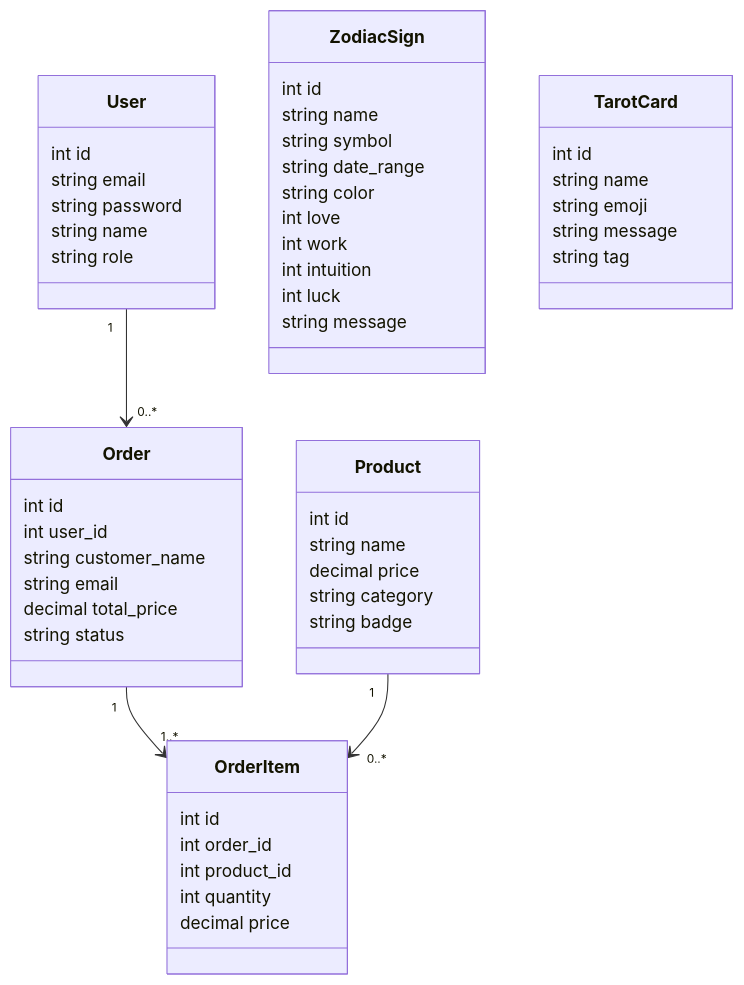
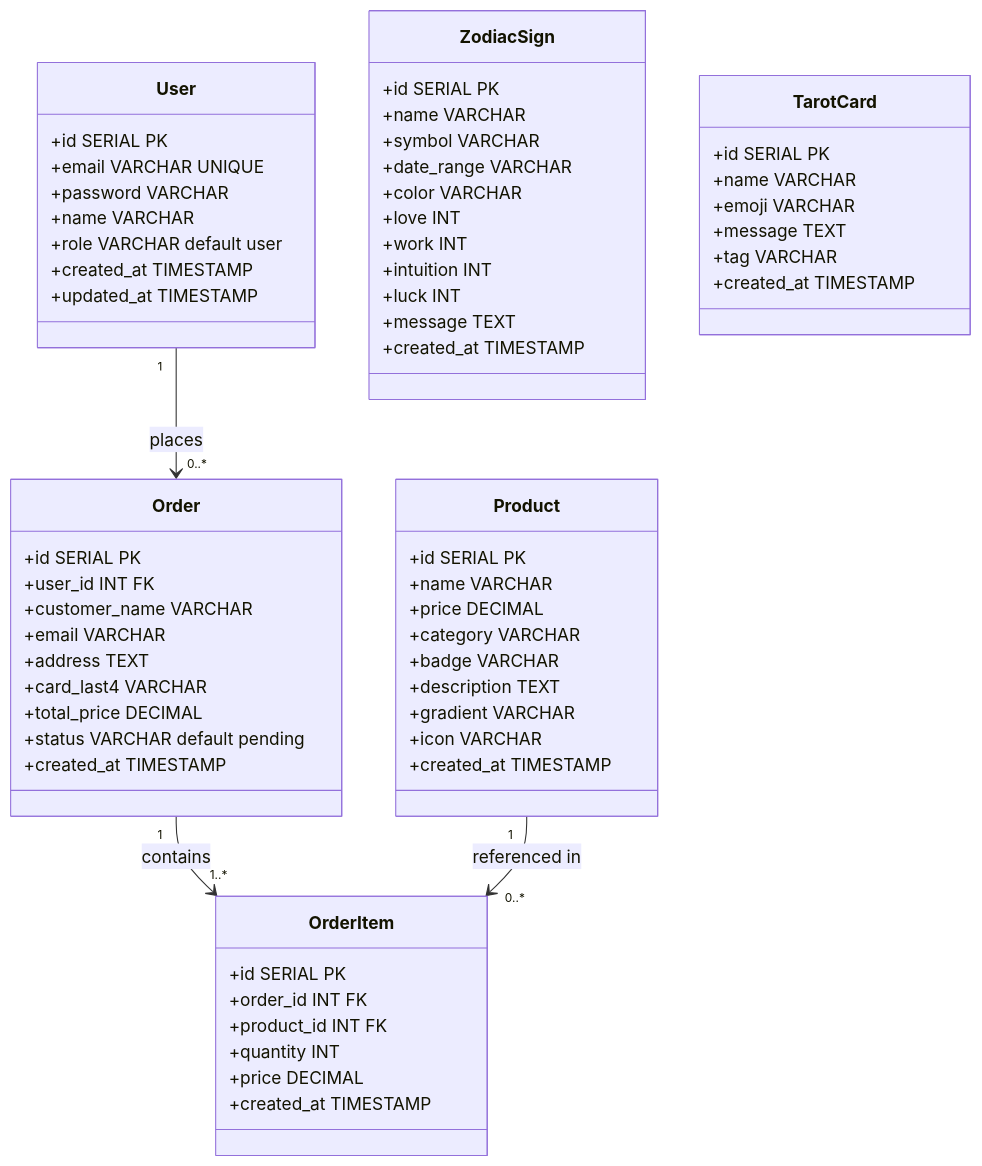
The first of 3 diagrams in CONCEPTION.md (Yosra933/horoscope), drawn with Mermaid before and after one commit. The commit also changed other lines of this file and 4 other files, not shown here.

````diff
--- a/CONCEPTION.md
+++ b/CONCEPTION.md
@@ -1,54 +1,66 @@
 ```mermaid
 classDiagram
     class User {
-        int id
-        string email
-        string password
-        string name
-        string role
+        +id SERIAL PK
+        +email VARCHAR UNIQUE
+        +password VARCHAR
+        +name VARCHAR
+        +role VARCHAR default user
+        +created_at TIMESTAMP
+        +updated_at TIMESTAMP
     }
     class ZodiacSign {
-        int id
-        string name
-        string symbol
-        string date_range
-        string color
-        int love
-        int work
-        int intuition
-        int luck
-        string message
+        +id SERIAL PK
+        +name VARCHAR
+        +symbol VARCHAR
+        +date_range VARCHAR
+        +color VARCHAR
+        +love INT
+        +work INT
+        +intuition INT
+        +luck INT
+        +message TEXT
+        +created_at TIMESTAMP
     }
     class Product {
-        int id
-        string name
-        decimal price
-        string category
-        string badge
+        +id SERIAL PK
+        +name VARCHAR
+        +price DECIMAL
+        +category VARCHAR
+        +badge VARCHAR
+        +description TEXT
+        +gradient VARCHAR
+        +icon VARCHAR
+        +created_at TIMESTAMP
     }
     class TarotCard {
-        int id
-        string name
-        string emoji
-        string message
-        string tag
+        +id SERIAL PK
+        +name VARCHAR
+        +emoji VARCHAR
+        +message TEXT
+        +tag VARCHAR
+        +created_at TIMESTAMP
     }
     class Order {
-        int id
-        int user_id
-        string customer_name
-        string email
-        decimal total_price
-        string status
+        +id SERIAL PK
+        +user_id INT FK
+        +customer_name VARCHAR
+        +email VARCHAR
+        +address TEXT
+        +card_last4 VARCHAR
+        +total_price DECIMAL
+        +status VARCHAR default pending
+        +created_at TIMESTAMP
     }
     class OrderItem {
-        int id
-        int order_id
-        int product_id
-        int quantity
-        decimal price
+        +id SERIAL PK
+        +order_id INT FK
+        +product_id INT FK
+        +quantity INT
+        +price DECIMAL
+        +created_at TIMESTAMP
     }
-    User "1" --> "0..*" Order
-    Order "1" --> "1..*" OrderItem
-    Product "1" --> "0..*" OrderItem
+    User "1" --> "0..*" Order : places
+    Order "1" --> "1..*" OrderItem : contains
+    Product "1" --> "0..*" OrderItem : referenced in
 ```
````
